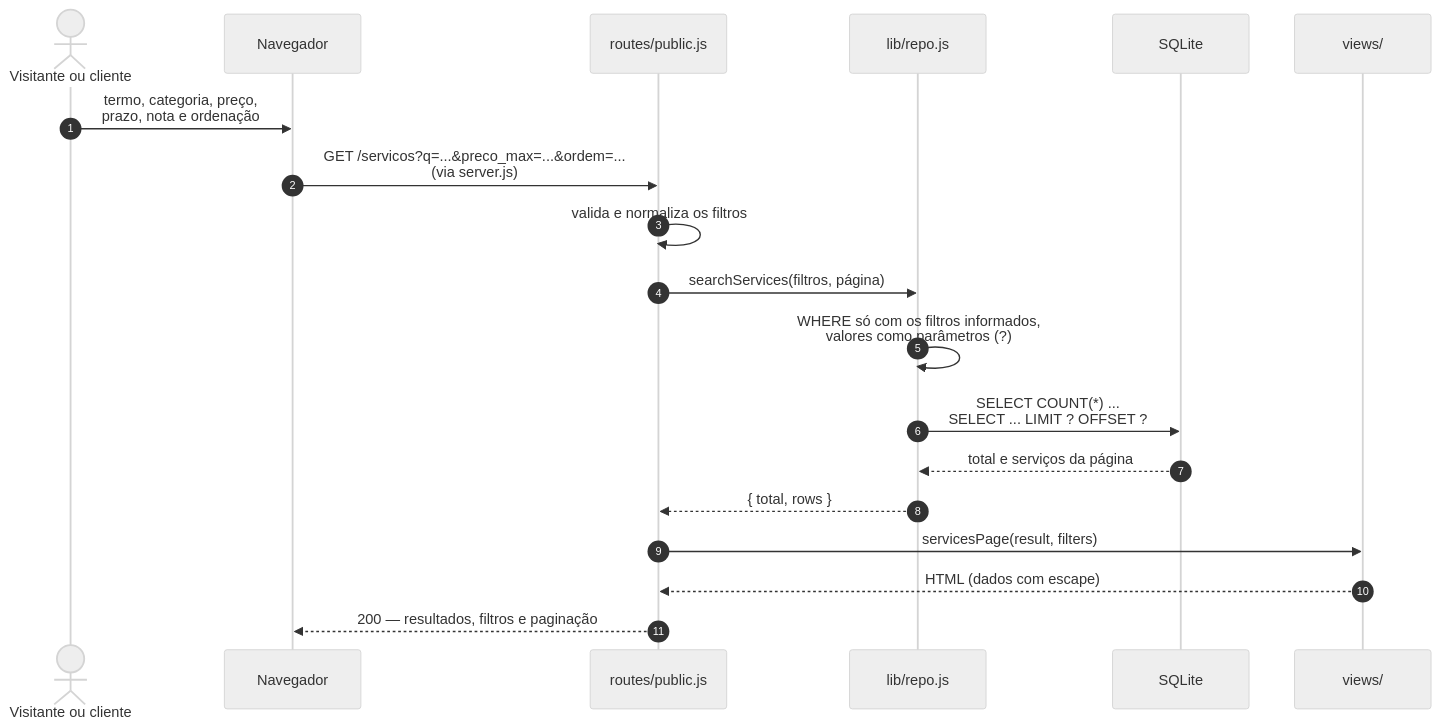
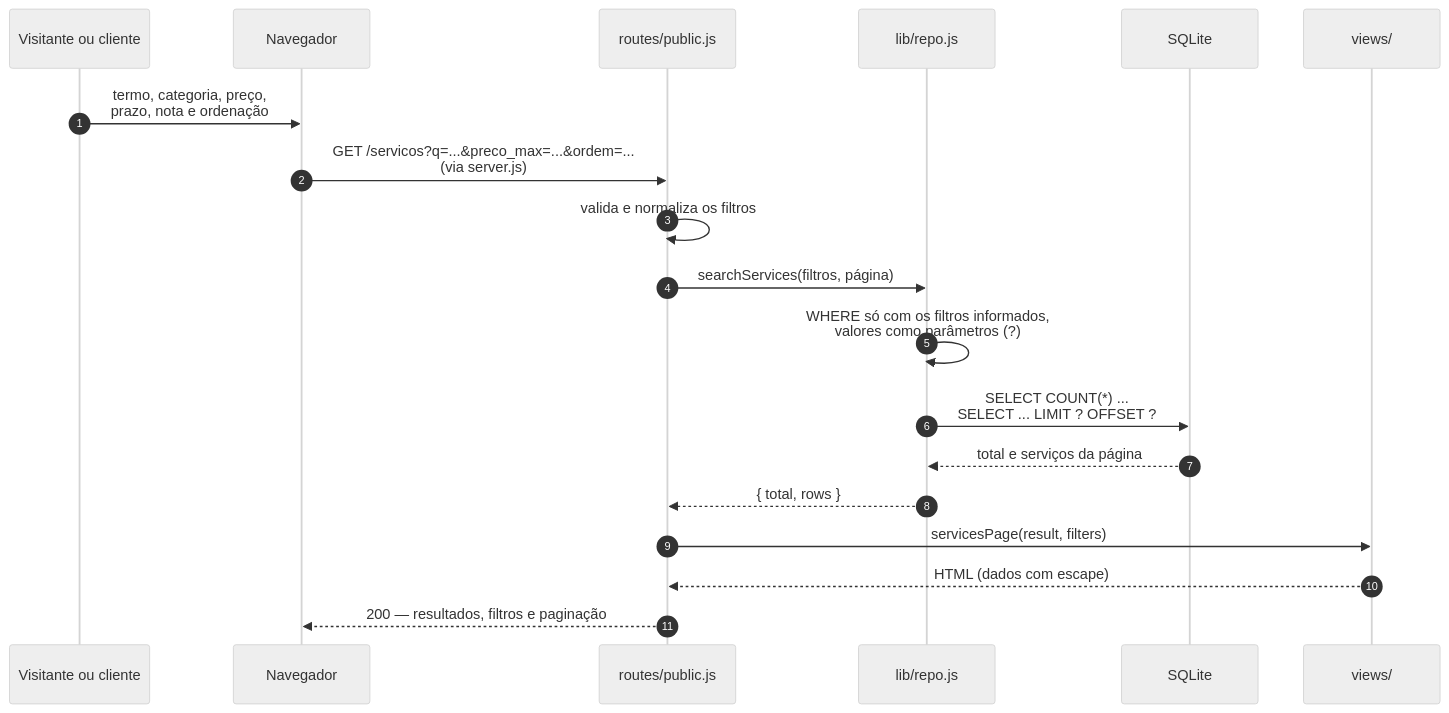
One commit to bygabrielly/nexo-repo changed the diagram in diagramas/src/seq-busca.mmd. Above: the diagram before and after it, drawn with Mermaid (neutral theme). The commit also changed 34 other files, not shown here.

Commit message:
Diagramas refeitos e fontes locais

```diff
--- a/diagramas/src/seq-busca.mmd
+++ b/diagramas/src/seq-busca.mmd
@@ -1,19 +1,19 @@
 sequenceDiagram
   autonumber
-  actor C as Visitante ou cliente
+  participant C as Visitante ou cliente
   participant N as Navegador
   participant R as routes/public.js
   participant D as lib/repo.js
   participant B as SQLite
   participant V as views/
   C->>N: termo, categoria, preço,<br/>prazo, nota e ordenação
   N->>R: GET /servicos?q=...&preco_max=...&ordem=...<br/>(via server.js)
   R->>R: valida e normaliza os filtros
   R->>D: searchServices(filtros, página)
   D->>D: WHERE só com os filtros informados,<br/>valores como parâmetros (?)
   D->>B: SELECT COUNT(*) ...<br/>SELECT ... LIMIT ? OFFSET ?
   B-->>D: total e serviços da página
   D-->>R: { total, rows }
   R->>V: servicesPage(result, filters)
   V-->>R: HTML (dados com escape)
   R-->>N: 200 — resultados, filtros e paginação
```
